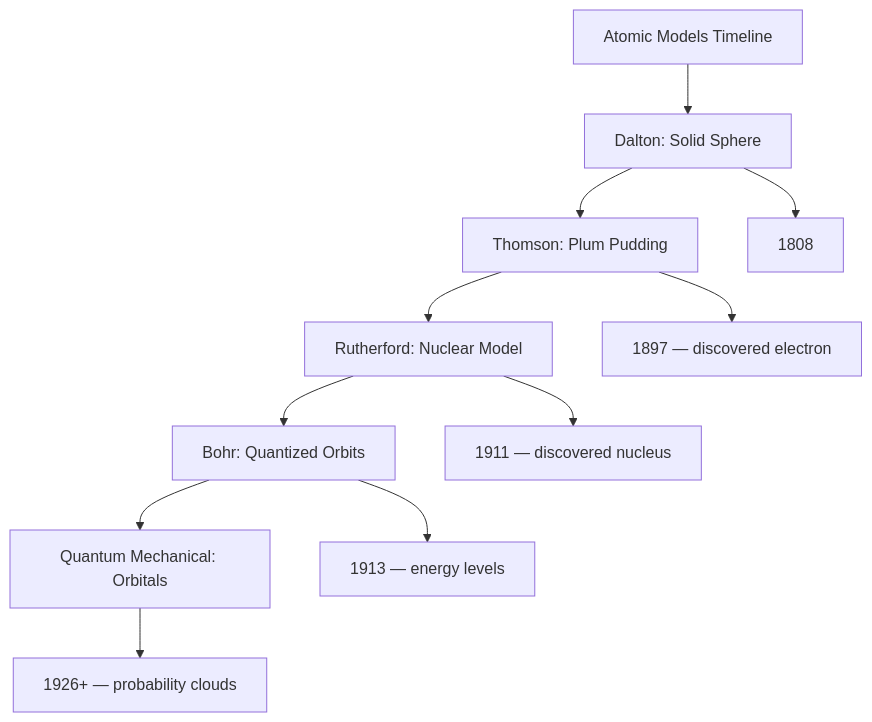
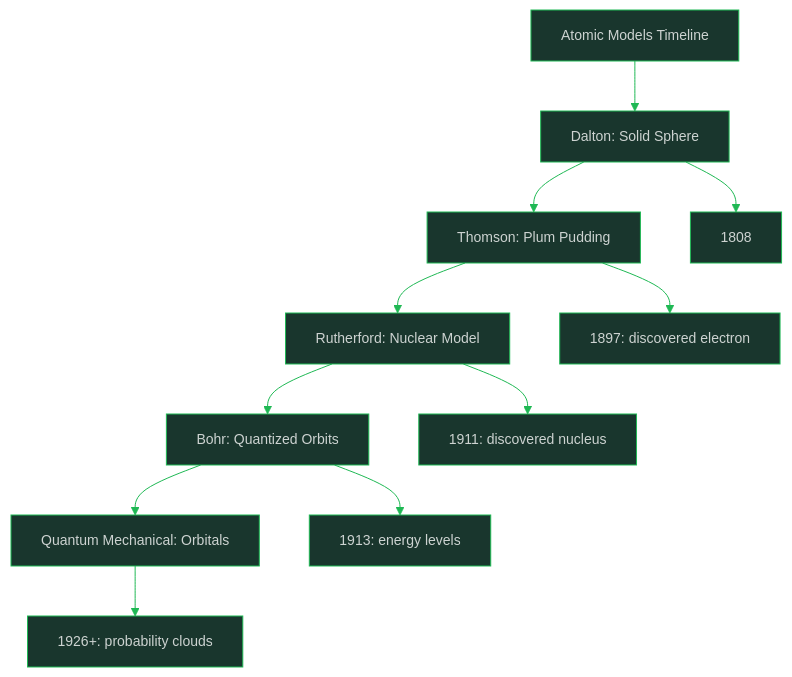
Before and after one commit to oat431/general-knowledge: the diagram in Science/Advance/Chemistry/01_Atomic_Structure.md, drawn with Mermaid. The commit also changed other lines of this file and 113 other files, not shown here.

````diff
--- a/Science/Advance/Chemistry/01_Atomic_Structure.md
+++ b/Science/Advance/Chemistry/01_Atomic_Structure.md
@@ -47,13 +47,14 @@
 ```mermaid
+%%{init: {'theme':'base','themeVariables':{'primaryColor':'#19362D','primaryTextColor':'#CDD3D1','primaryBorderColor':'#1FB854','lineColor':'#1FB854','background':'#1B1717','mainBkg':'#19362D','clusterBkg':'#161212','edgeLabelBackground':'#161212','titleColor':'#1FB854','fontSize':'14px'}}}%%
 flowchart TD
     A["Atomic Models Timeline"] --> B["Dalton: Solid Sphere"]
     B --> C["Thomson: Plum Pudding"]
     C --> D["Rutherford: Nuclear Model"]
     D --> E["Bohr: Quantized Orbits"]
     E --> F["Quantum Mechanical: Orbitals"]
     B --> G["1808"]
-    C --> H["1897 — discovered electron"]
-    D --> I["1911 — discovered nucleus"]
-    E --> J["1913 — energy levels"]
-    F --> K["1926+ — probability clouds"]
+    C --> H["1897: discovered electron"]
+    D --> I["1911: discovered nucleus"]
+    E --> J["1913: energy levels"]
+    F --> K["1926+: probability clouds"]
 ```
````
